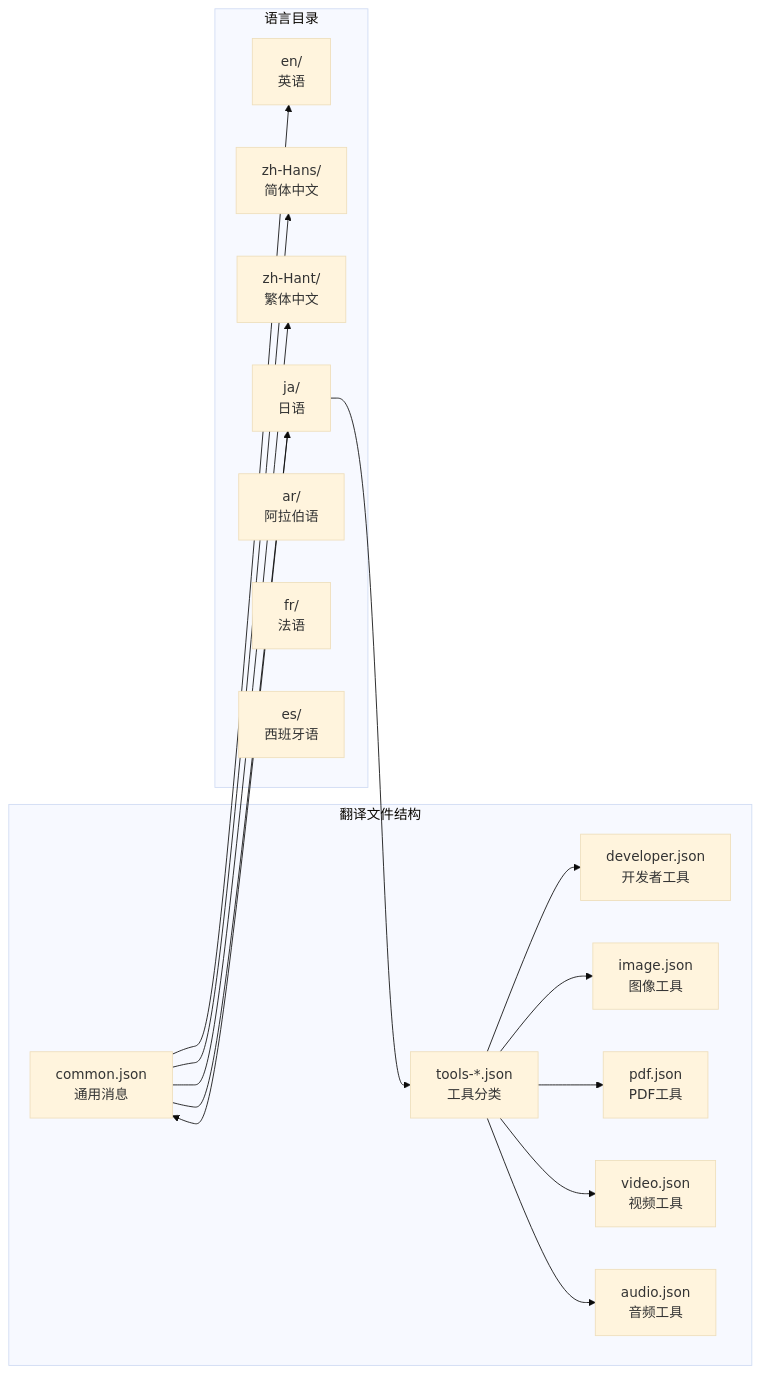
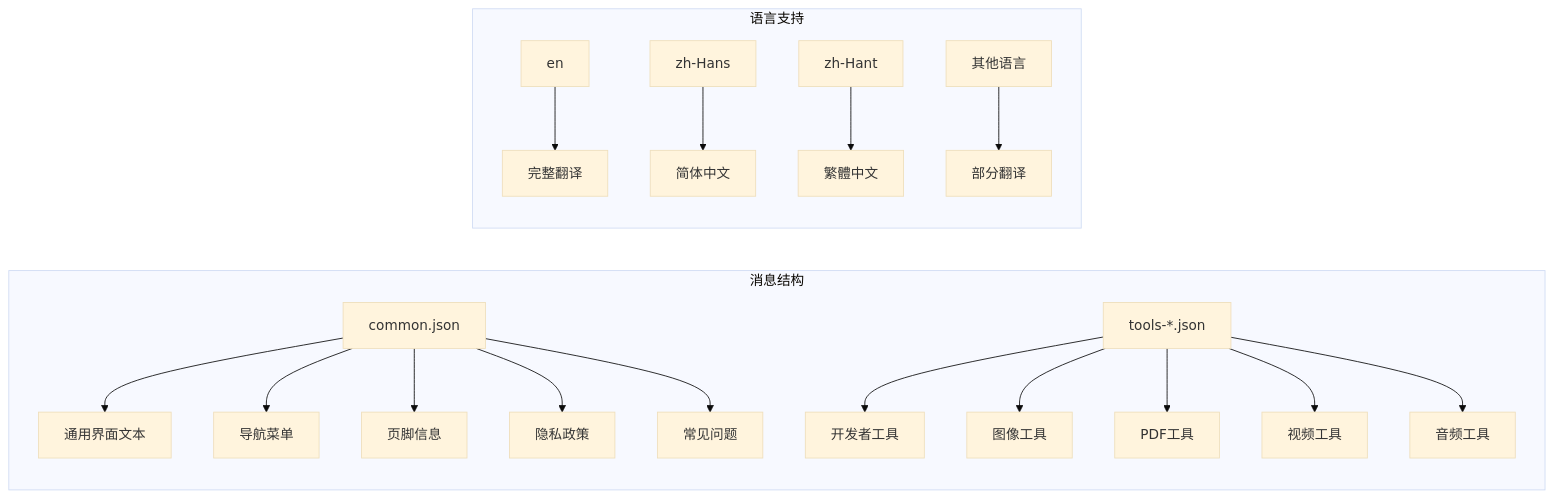
The third of 9 diagrams in .qoder/repowiki/zh/content/技术架构/国际化系统.md (sgyy/privadeck), drawn with Mermaid (base theme) before and after one commit. The commit also changed other lines of this file and 6 other files, not shown here.

````diff
--- a/.qoder/repowiki/zh/content/技术架构/国际化系统.md
+++ b/.qoder/repowiki/zh/content/技术架构/国际化系统.md
@@ -180,32 +155,21 @@
 ```mermaid
 graph LR
-subgraph "翻译文件结构"
-A[common.json<br/>通用消息]
-B[tools-*.json<br/>工具分类]
-C[developer.json<br/>开发者工具]
-D[image.json<br/>图像工具]
-E[pdf.json<br/>PDF工具]
-F[video.json<br/>视频工具]
-G[audio.json<br/>音频工具]
+subgraph "消息结构"
+A[common.json] --> A1[通用界面文本]
+A --> A2[导航菜单]
+A --> A3[页脚信息]
+A --> A4[隐私政策]
+A --> A5[常见问题]
+B[tools-*.json] --> B1[开发者工具]
+B --> B2[图像工具]
+B --> B3[PDF工具]
+B --> B4[视频工具]
+B --> B5[音频工具]
 end
-subgraph "语言目录"
-H[en/<br/>英语]
-I[zh-Hans/<br/>简体中文]
-J[zh-Hant/<br/>繁体中文]
-K[ja/<br/>日语]
-L[ar/<br/>阿拉伯语]
-M[fr/<br/>法语]
-N[es/<br/>西班牙语]
+subgraph "语言支持"
+C[en] --> C1[完整翻译]
+D[zh-Hans] --> D1[简体中文]
+E[zh-Hant] --> E1[繁體中文]
+F[其他语言] --> F1[部分翻译]
 end
-A --> H
-A --> I
-A --> J
-A --> K
-B --> C
-B --> D
-B --> E
-B --> F
-B --> G
-K --> A
-K --> B
 ```
````
